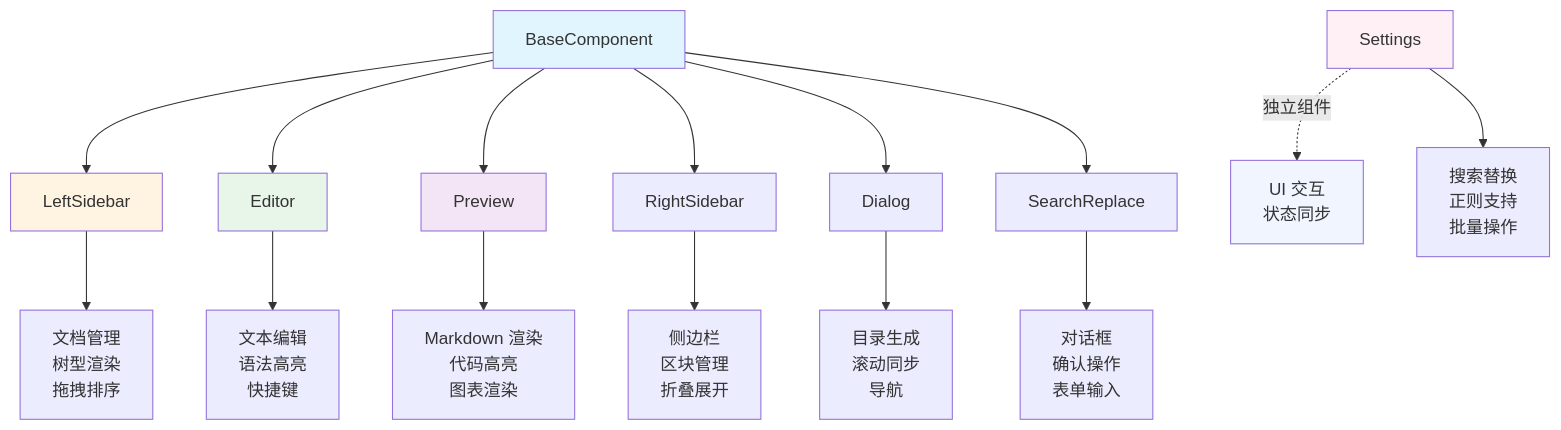
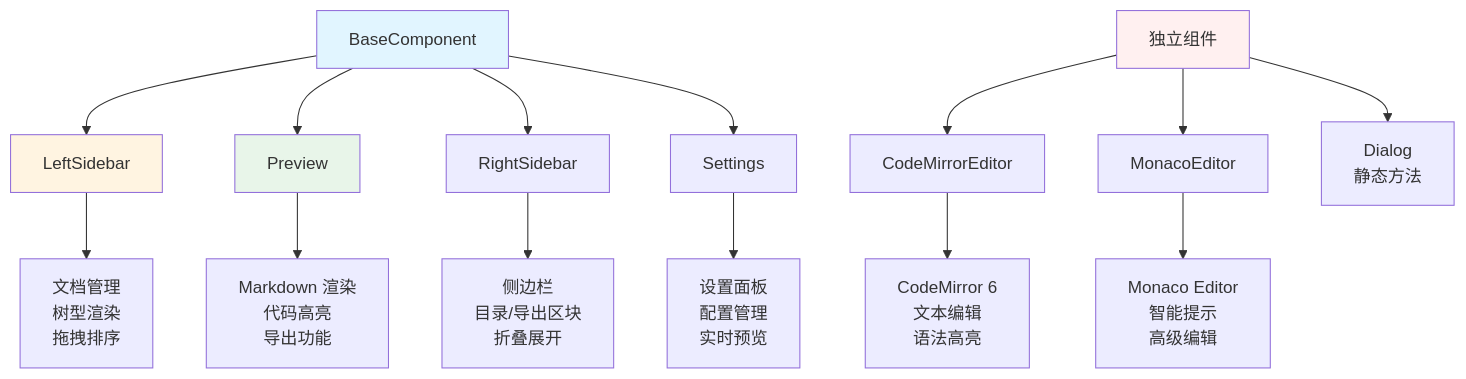
The fifth of 15 diagrams in docs/arch.md (ZCShou/markdown), drawn with Mermaid before and after one commit. The commit also changed other lines of this file and 2 other files, not shown here.

````diff
--- a/docs/arch.md
+++ b/docs/arch.md
@@ -1111,26 +1206,23 @@
 ```mermaid
 graph TD
     A[BaseComponent] --> B[LeftSidebar]
-    A --> C[Editor]
-    A --> D[Preview]
-    A --> E[RightSidebar]
-    A --> F[Dialog]
-    A --> G[SearchReplace]
+    A --> C[Preview]
+    A --> D[RightSidebar]
+    A --> E[Settings]
     
-    H[Settings] -.独立组件.-> I[UI 交互<br/>状态同步]
+    F[独立组件] --> G[CodeMirrorEditor]
+    F --> H[MonacoEditor]
+    F --> I[Dialog<br/>静态方法]
     
     B --> J[文档管理<br/>树型渲染<br/>拖拽排序]
-    C --> K[文本编辑<br/>语法高亮<br/>快捷键]
-    D --> L[Markdown 渲染<br/>代码高亮<br/>图表渲染]
-    E --> N[侧边栏<br/>区块管理<br/>折叠展开]
-    F --> O[目录生成<br/>滚动同步<br/>导航]
-    G --> P[对话框<br/>确认操作<br/>表单输入]
-    H --> Q[搜索替换<br/>正则支持<br/>批量操作]
+    C --> K[Markdown 渲染<br/>代码高亮<br/>导出功能]
+    D --> L[侧边栏<br/>目录/导出区块<br/>折叠展开]
+    E --> M[设置面板<br/>配置管理<br/>实时预览]
+    G --> N[CodeMirror 6<br/>文本编辑<br/>语法高亮]
+    H --> O[Monaco Editor<br/>智能提示<br/>高级编辑]
     
     style A fill:#e1f5ff
+    style F fill:#fff0f0
     style B fill:#fff4e1
     style C fill:#e8f5e9
-    style D fill:#f3e5f5
-    style H fill:#fff0f5
-    style I fill:#f0f5ff
 ```
````
